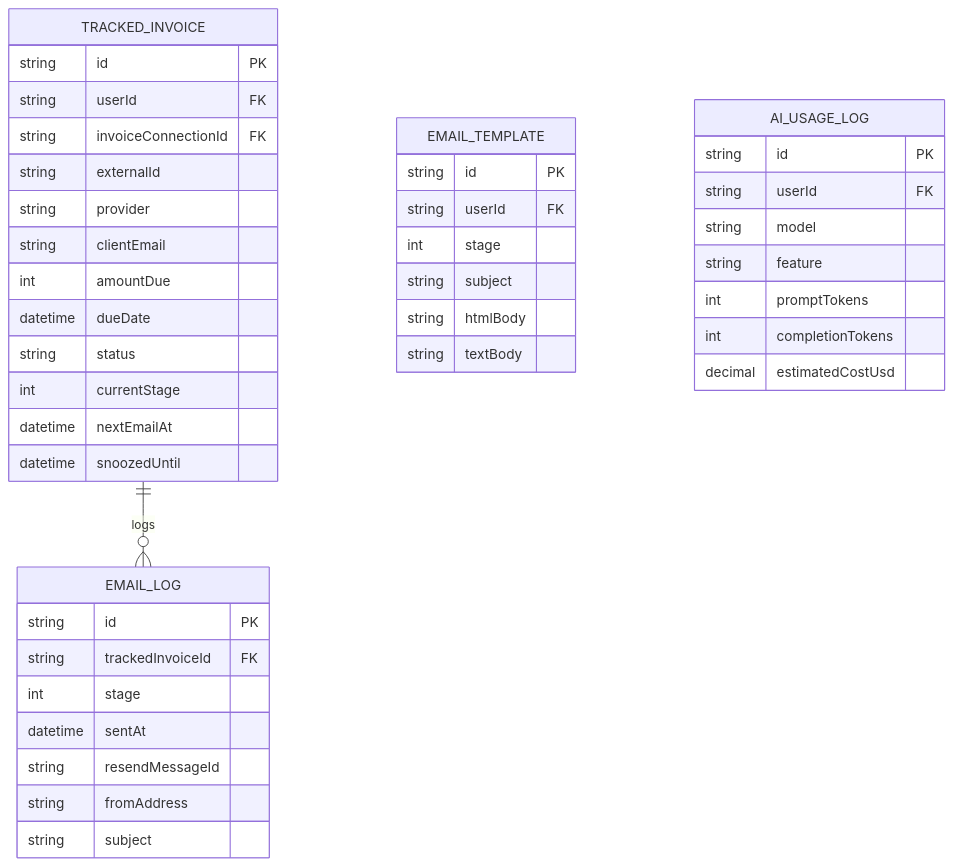
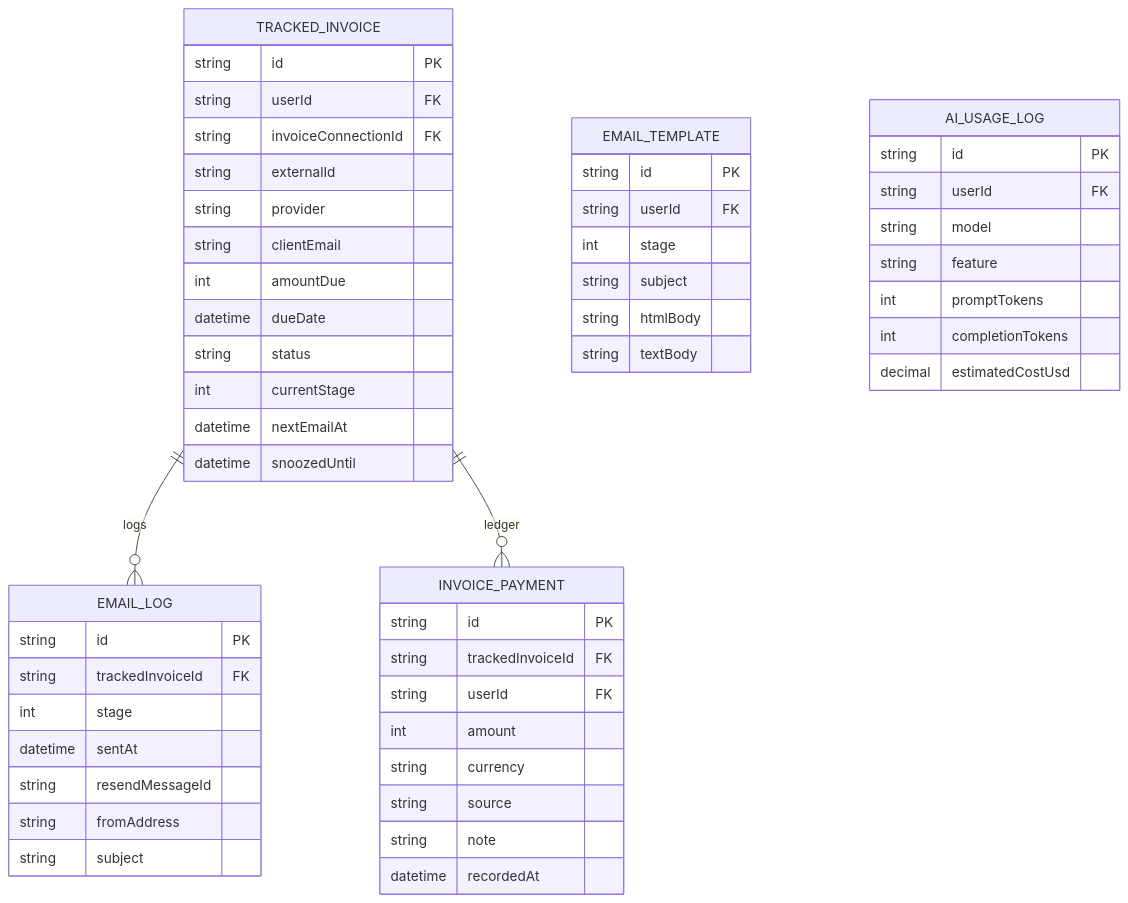
One commit to nick-syspac/paidsoon changed the second of 4 diagrams in docs/DDD.md. Above: the diagram before and after it, drawn with Mermaid. The commit also changed other lines of this file and 25 other files, not shown here.

First line of the commit message:
feat: add invoice payment ledger and outstanding balance computation

````diff
--- a/docs/DDD.md
+++ b/docs/DDD.md
@@ -349,44 +349,55 @@
 ```mermaid
 erDiagram
     TRACKED_INVOICE ||--o{ EMAIL_LOG : logs
+    TRACKED_INVOICE ||--o{ INVOICE_PAYMENT : ledger
     TRACKED_INVOICE {
         string id PK
         string userId FK
         string invoiceConnectionId FK
         string externalId
         string provider
         string clientEmail
         int amountDue
         datetime dueDate
         string status
         int currentStage
         datetime nextEmailAt
         datetime snoozedUntil
     }
     EMAIL_LOG {
         string id PK
         string trackedInvoiceId FK
         int stage
         datetime sentAt
         string resendMessageId
         string fromAddress
         string subject
     }
+    INVOICE_PAYMENT {
+        string id PK
+        string trackedInvoiceId FK
+        string userId FK
+        int amount
+        string currency
+        string source
+        string note
+        datetime recordedAt
+    }
     EMAIL_TEMPLATE {
         string id PK
         string userId FK
         int stage
         string subject
         string htmlBody
         string textBody
     }
     AI_USAGE_LOG {
         string id PK
         string userId FK
         string model
         string feature
         int promptTokens
         int completionTokens
         decimal estimatedCostUsd
     }
 ```
````
